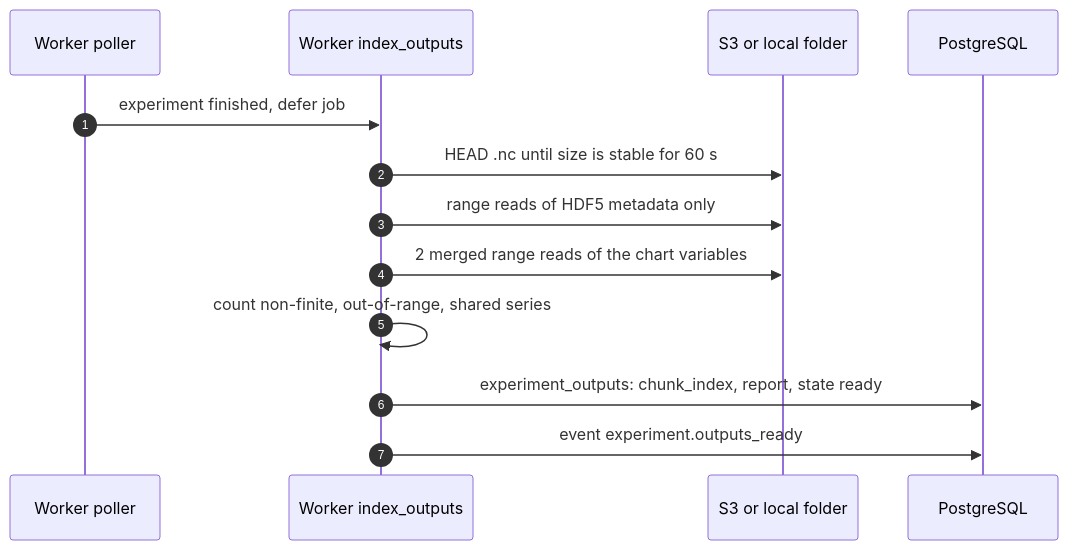
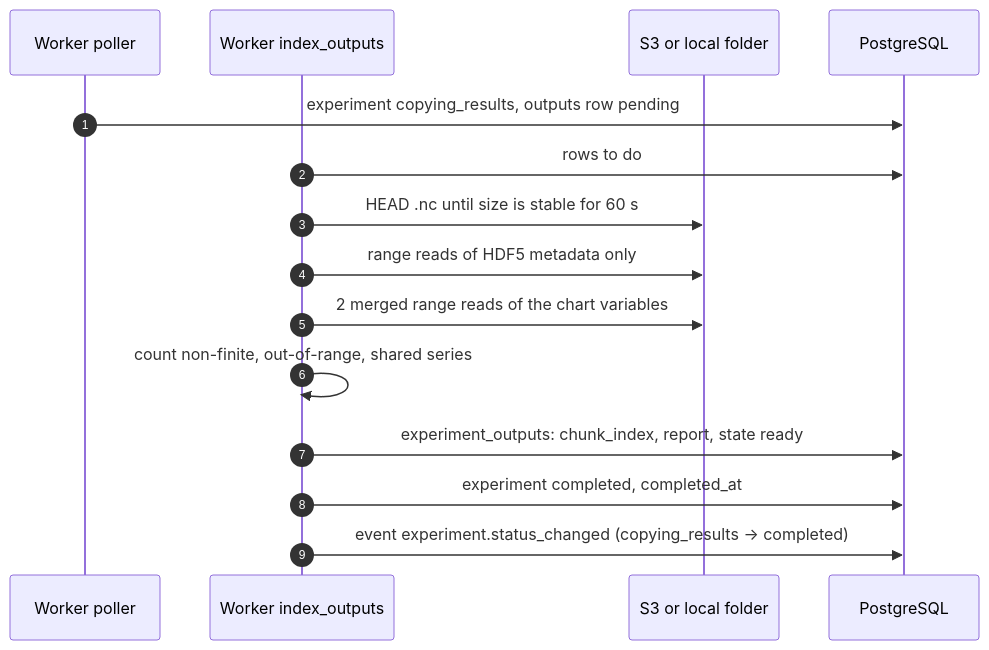
The second of 6 diagrams in docs/features/experiment-outputs/README.md (SURIMI-Project/SURIMI-modelgui), drawn with Mermaid before and after one commit. The commit also changed other lines of this file and 215 other files, not shown here.

````diff
--- a/docs/features/experiment-outputs/README.md
+++ b/docs/features/experiment-outputs/README.md
@@ -107,15 +111,17 @@
 ```mermaid
 sequenceDiagram
     autonumber
     participant P as Worker poller
     participant J as Worker index_outputs
     participant S as S3 or local folder
     participant D as PostgreSQL
-    P->>J: experiment finished, defer job
+    P->>D: experiment copying_results, outputs row pending
+    J->>D: rows to do
     J->>S: HEAD .nc until size is stable for 60 s
     J->>S: range reads of HDF5 metadata only
     J->>S: 2 merged range reads of the chart variables
     J->>J: count non-finite, out-of-range, shared series
     J->>D: experiment_outputs: chunk_index, report, state ready
-    J->>D: event experiment.outputs_ready
+    J->>D: experiment completed, completed_at
+    J->>D: event experiment.status_changed (copying_results → completed)
 ```
````
